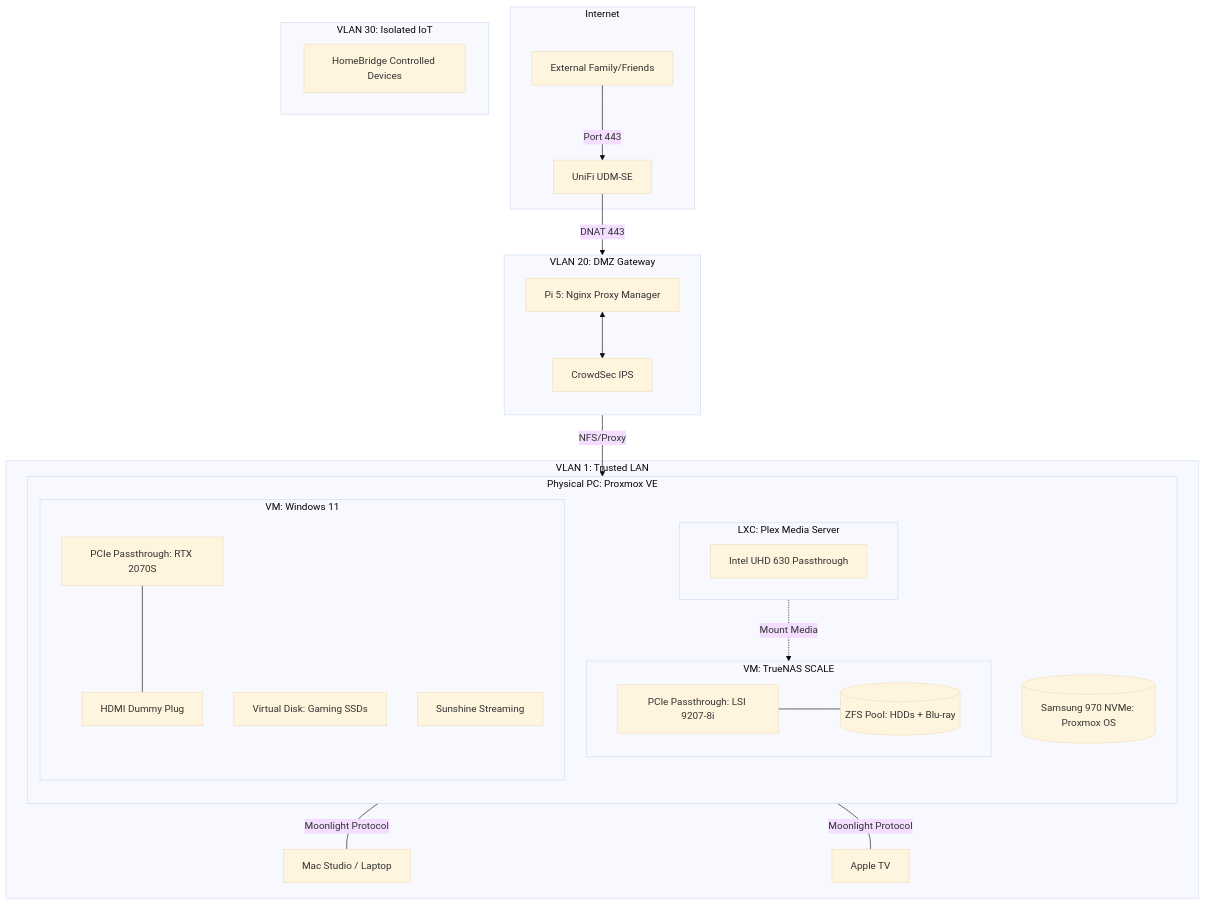
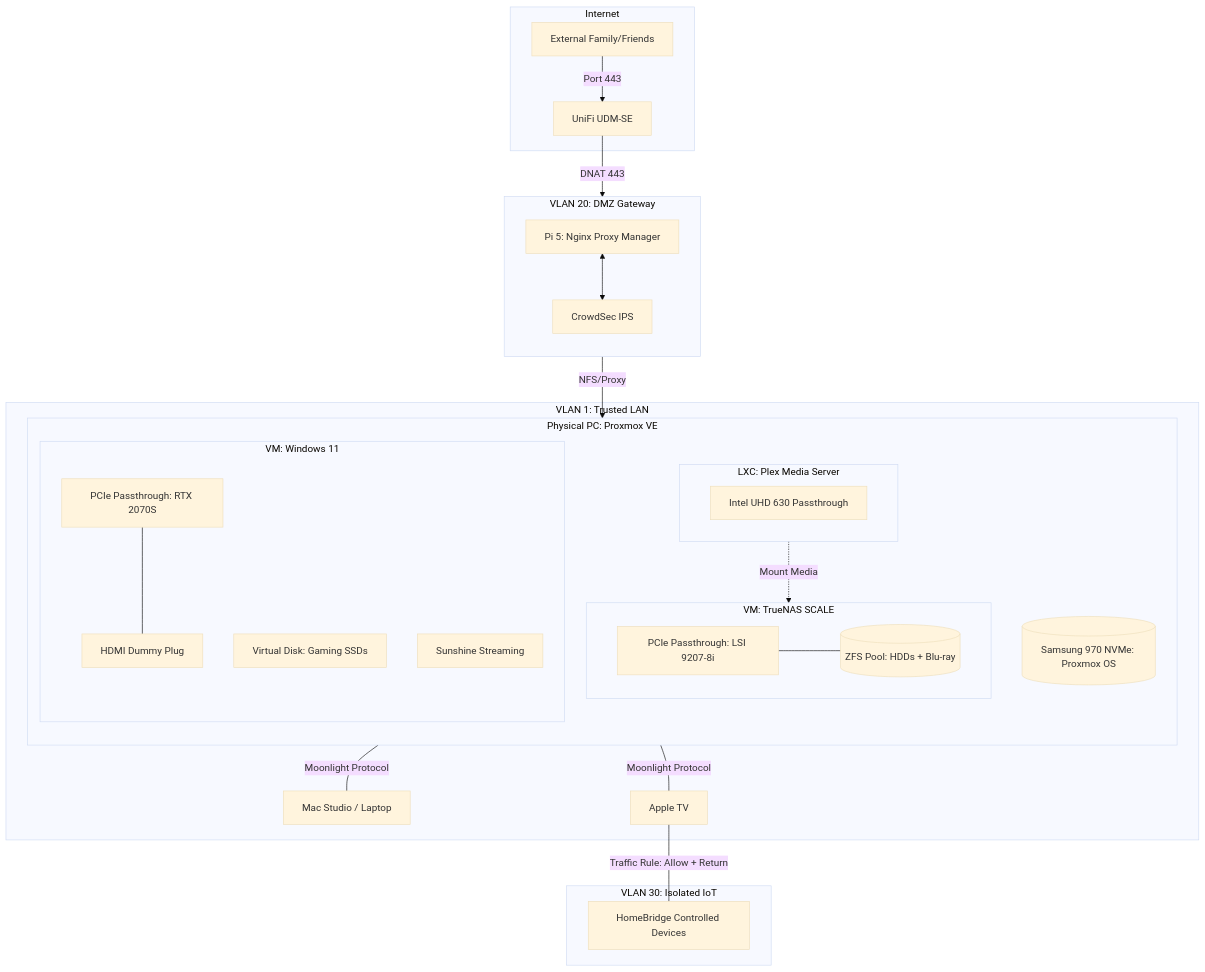
The diagram in README.md (barronfuentes/homelab), drawn with Mermaid (base theme) before and after one commit.

Commit message:
add apple tv to iot policy

````diff
--- a/README.md
+++ b/README.md
@@ -7,53 +7,56 @@
 ```mermaid
 graph TD
     subgraph Internet
         User[External Family/Friends]
         User -->|Port 443| WAN[UniFi UDM-SE]
     end
 
     subgraph VLAN20_DMZ [VLAN 20: DMZ Gateway]
         direction TB
         NPM[Pi 5: Nginx Proxy Manager]
         CS[CrowdSec IPS]
         NPM <--> CS
     end
 
     subgraph VLAN1_LAN [VLAN 1: Trusted LAN]
         subgraph Proxmox_Host [Physical PC: Proxmox VE]
             direction TB
             NVMe[(Samsung 970 NVMe: Proxmox OS)]
             
             subgraph TrueNAS_VM [VM: TrueNAS SCALE]
                 HBA[PCIe Passthrough: LSI 9207-8i]
                 Pool[(ZFS Pool: HDDs + Blu-ray)]
                 HBA --- Pool
             end
             
             subgraph Gaming_VM [VM: Windows 11]
                 GPU[PCIe Passthrough: RTX 2070S]
                 SSD[Virtual Disk: Gaming SSDs]
                 HDMI[HDMI Dummy Plug]
                 SUN[Sunshine Streaming]
                 GPU --- HDMI
             end
             
             subgraph Plex_LXC [LXC: Plex Media Server]
                 iGPU[Intel UHD 630 Passthrough]
             end
         end
 
         Mac[Mac Studio / Laptop]
         ATV[Apple TV]
     end
 
     subgraph VLAN30_IoT [VLAN 30: Isolated IoT]
         SmartHome[HomeBridge Controlled Devices]
     end
 
     %% Routing
     WAN -->|DNAT 443| NPM
     NPM -->|NFS/Proxy| Plex_LXC
     Plex_LXC -.->|Mount Media| TrueNAS_VM
     SUN ---|Moonlight Protocol| Mac
     SUN ---|Moonlight Protocol| ATV
+    
+    %% Apple TV to IoT Rule
+    ATV ---|Traffic Rule: Allow + Return| SmartHome
 ```
````
